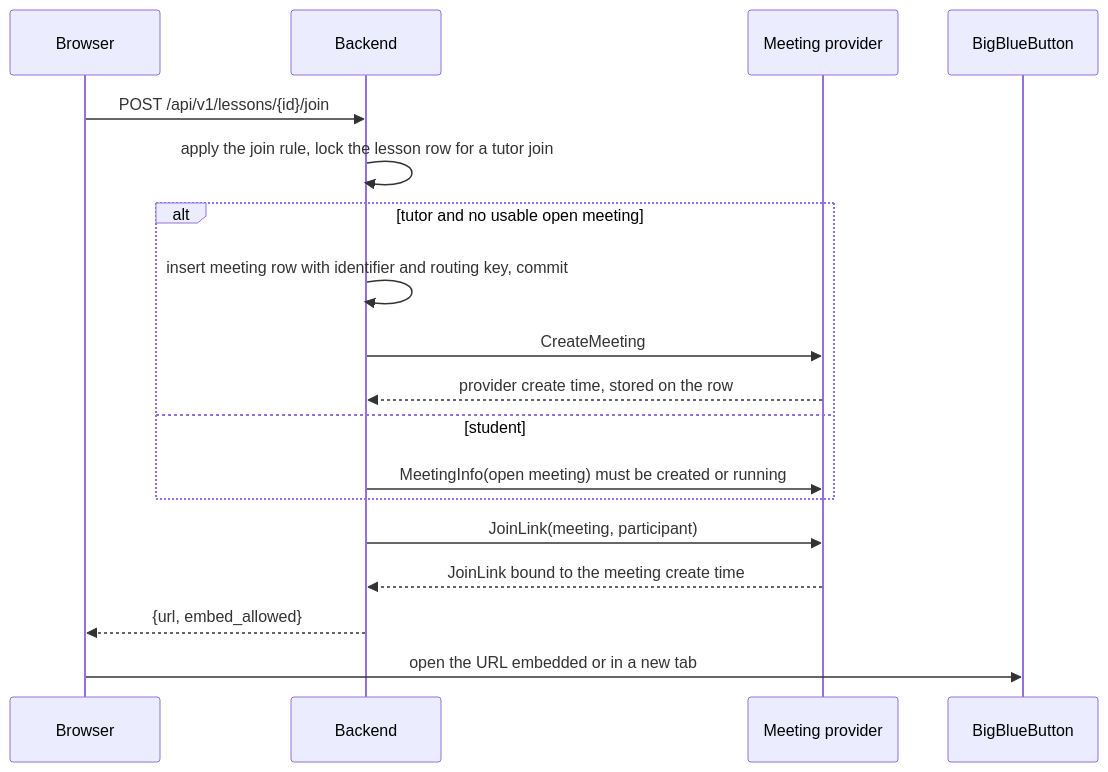
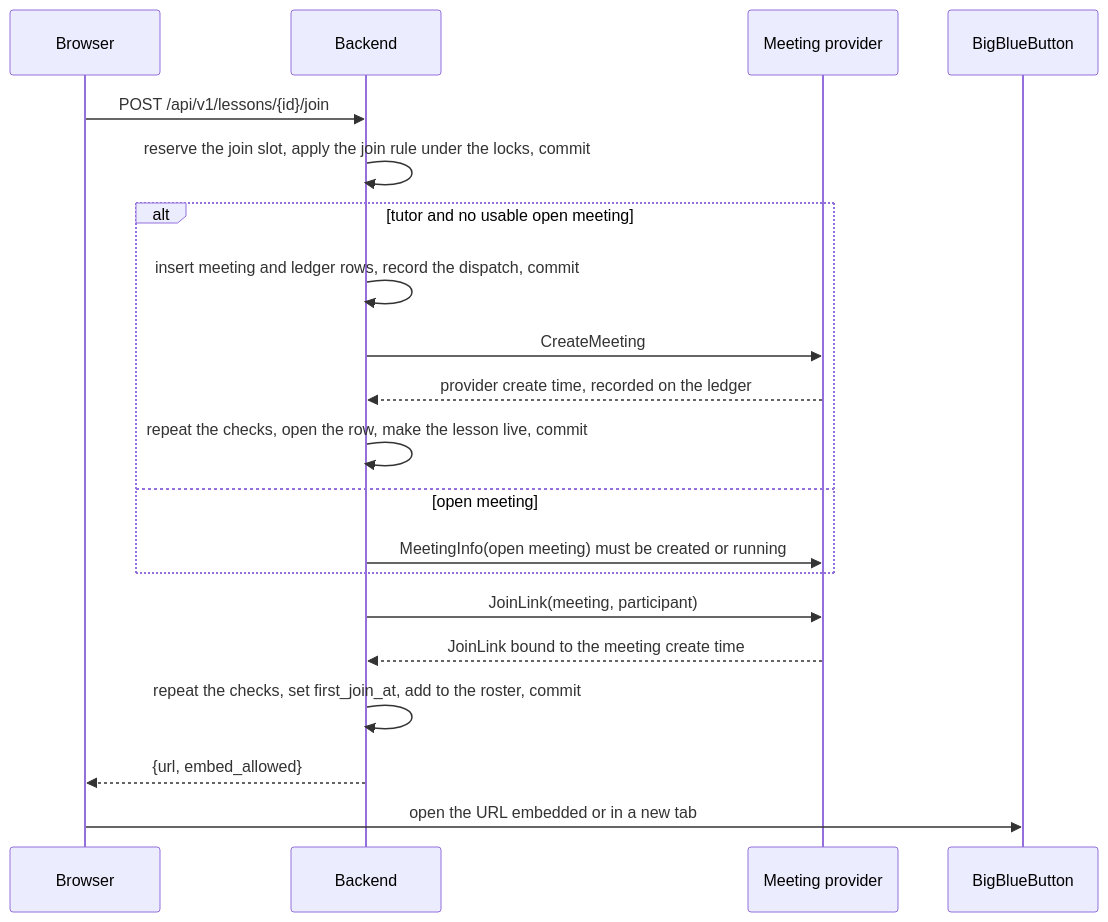
Before and after one commit to klukashka/ovc: the second of 3 diagrams in knowledge/specs/realtime-and-video.md, drawn with Mermaid. The commit also changed other lines of this file and 47 other files, not shown here.

Commit message:
Add authorized lesson join, end and restart routes with the ended hint

````diff
--- a/knowledge/specs/realtime-and-video.md
+++ b/knowledge/specs/realtime-and-video.md
@@ -373,20 +373,22 @@
 ```mermaid
 sequenceDiagram
   participant S as Browser
   participant API as Backend
   participant P as Meeting provider
   participant V as BigBlueButton
   S->>API: POST /api/v1/lessons/{id}/join
-  API->>API: apply the join rule, lock the lesson row for a tutor join
+  API->>API: reserve the join slot, apply the join rule under the locks, commit
   alt tutor and no usable open meeting
-    API->>API: insert meeting row with identifier and routing key, commit
+    API->>API: insert meeting and ledger rows, record the dispatch, commit
     API->>P: CreateMeeting
-    P-->>API: provider create time, stored on the row
-  else student
+    P-->>API: provider create time, recorded on the ledger
+    API->>API: repeat the checks, open the row, make the lesson live, commit
+  else open meeting
     API->>P: MeetingInfo(open meeting) must be created or running
   end
   API->>P: JoinLink(meeting, participant)
   P-->>API: JoinLink bound to the meeting create time
+  API->>API: repeat the checks, set first_join_at, add to the roster, commit
   API-->>S: {url, embed_allowed}
   S->>V: open the URL embedded or in a new tab
 ```
````
